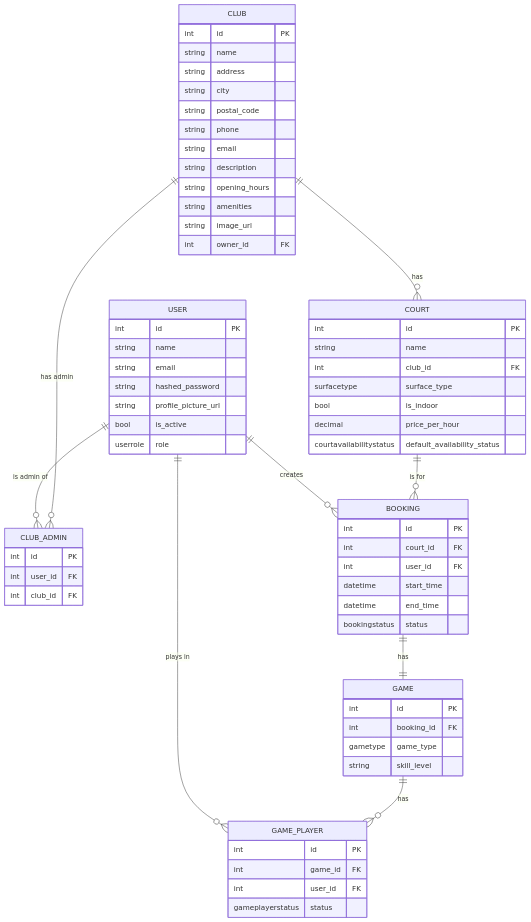
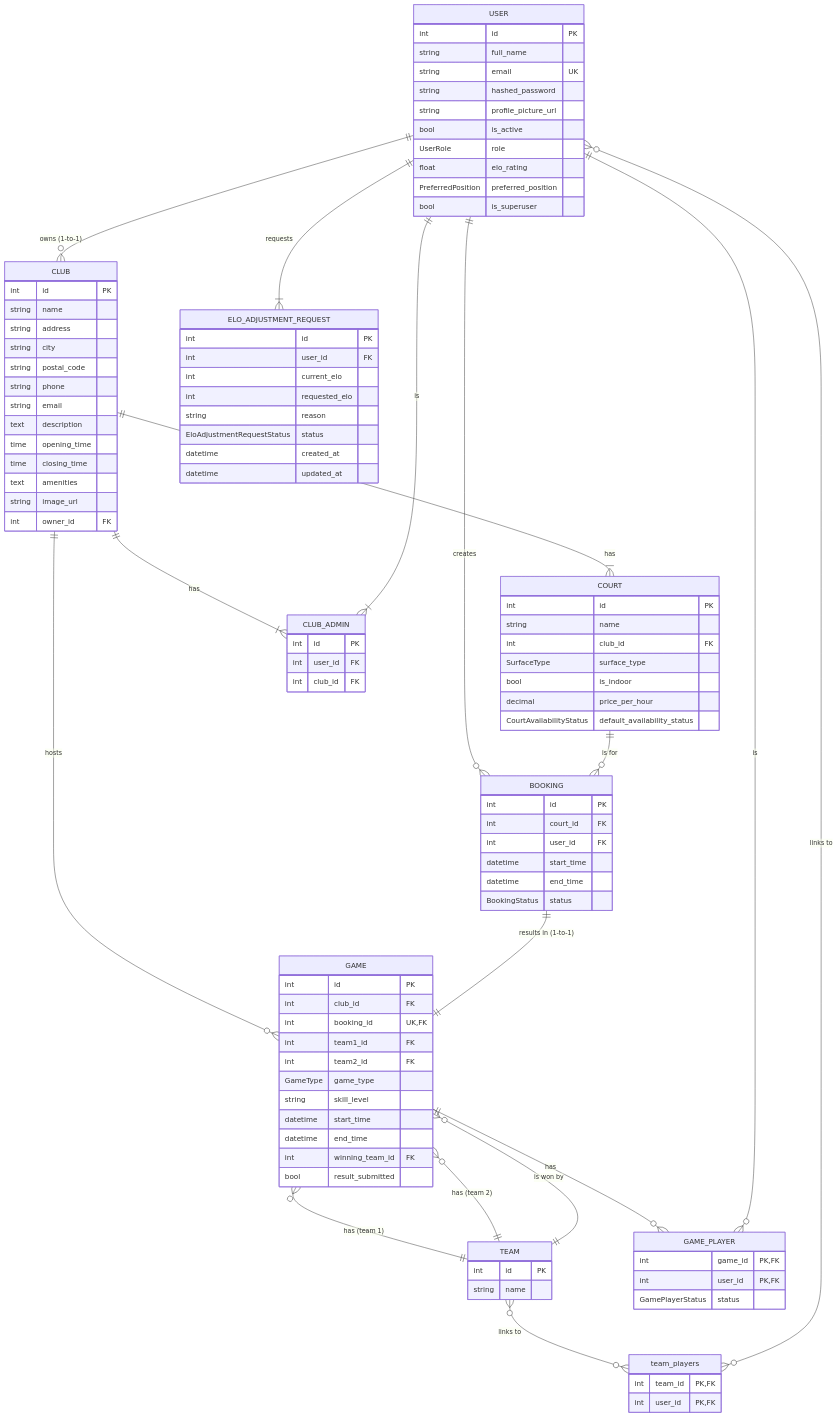
Before and after one commit to tarikstafford/PadelApp: the diagram in DATABASE_DIAGRAM.md, drawn with Mermaid. The commit also changed 1 other file, not shown here.

````diff
--- a/DATABASE_DIAGRAM.md
+++ b/DATABASE_DIAGRAM.md
@@ -6,12 +6,15 @@
 erDiagram
     USER {
         int id PK
-        string name
-        string email
+        string full_name
+        string email UK
         string hashed_password
         string profile_picture_url
         bool is_active
-        userrole role
+        UserRole role
+        float elo_rating
+        PreferredPosition preferred_position
+        bool is_superuser
     }
 
     CLUB {
@@ -22,11 +25,61 @@
         string postal_code
         string phone
         string email
-        string description
-        string opening_hours
-        string amenities
+        text description
+        time opening_time
+        time closing_time
+        text amenities
         string image_url
         int owner_id FK
+    }
+
+    COURT {
+        int id PK
+        string name
+        int club_id FK
+        SurfaceType surface_type
+        bool is_indoor
+        decimal price_per_hour
+        CourtAvailabilityStatus default_availability_status
+    }
+
+    BOOKING {
+        int id PK
+        int court_id FK
+        int user_id FK
+        datetime start_time
+        datetime end_time
+        BookingStatus status
+    }
+
+    GAME {
+        int id PK
+        int club_id FK
+        int booking_id UK, FK
+        int team1_id FK
+        int team2_id FK
+        GameType game_type
+        string skill_level
+        datetime start_time
+        datetime end_time
+        int winning_team_id FK
+        bool result_submitted
+    }
+
+    TEAM {
+        int id PK
+        string name
+    }
+
+    team_players {
+        int team_id PK, FK
+        int user_id PK, FK
+    }
+
+    GAME_PLAYER {
+        int game_id PK, FK
+        int user_id PK, FK
+        GamePlayerStatus status
     }
 
     CLUB_ADMIN {
@@ -35,45 +88,38 @@
         int club_id FK
     }
 
-    COURT {
+    ELO_ADJUSTMENT_REQUEST {
         int id PK
-        string name
-        int club_id FK
-        surfacetype surface_type
-        bool is_indoor
-        decimal price_per_hour
-        courtavailabilitystatus default_availability_status
+        int user_id FK
+        int current_elo
+        int requested_elo
+        string reason
+        EloAdjustmentRequestStatus status
+        datetime created_at
+        datetime updated_at
     }
 
-    BOOKING {
-        int id PK
-        int court_id FK
-        int user_id FK
-        datetime start_time
-        datetime end_time
-        bookingstatus status
-    }
+    USER ||--o{ CLUB : "owns (1-to-1)"
+    USER ||--o{ BOOKING : "creates"
+    USER ||--|{ ELO_ADJUSTMENT_REQUEST : "requests"
+    
+    CLUB ||--|{ COURT : "has"
+    CLUB ||--o{ GAME : "hosts"
+    
+    COURT ||--o{ BOOKING : "is for"
+    
+    BOOKING ||--|| GAME : "results in (1-to-1)"
 
-    GAME {
-        int id PK
-        int booking_id FK
-        gametype game_type
-        string skill_level
-    }
+    GAME }o--|| TEAM : "has (team 1)"
+    GAME }o--|| TEAM : "has (team 2)"
+    GAME }o--|| TEAM : "is won by"
 
-    GAME_PLAYER {
-        int id PK
-        int game_id FK
-        int user_id FK
-        gameplayerstatus status
-    }
+    TEAM       }o--o{ team_players : "links to"
+    USER       }o--o{ team_players : "links to"
 
-    USER ||--o{ BOOKING : "creates"
-    USER ||--o{ GAME_PLAYER : "plays in"
-    USER ||--o{ CLUB_ADMIN : "is admin of"
-    CLUB ||--o{ COURT : "has"
-    CLUB ||--o{ CLUB_ADMIN : "has admin"
-    COURT ||--o{ BOOKING : "is for"
-    BOOKING ||--|| GAME : "has"
-    GAME ||--o{ GAME_PLAYER : "has"
-``` 
+    GAME       ||--o{ GAME_PLAYER : "has"
+    USER       ||--o{ GAME_PLAYER : "is"
+
+    CLUB       ||--|{ CLUB_ADMIN : "has"
+    USER       ||--|{ CLUB_ADMIN : "is"
+```
````
